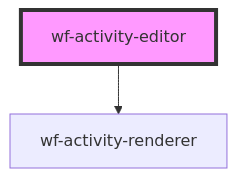
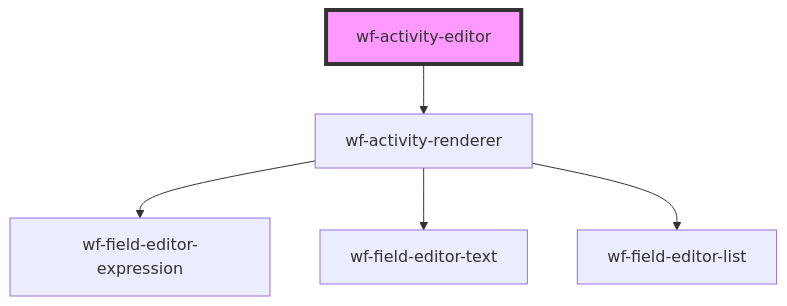
One commit to elsa-workflows/elsa-designer changed the diagram in src/components/workflow-designer/activity-editor/readme.md. Above: the diagram before and after it, drawn with Mermaid. The commit also changed 54 other files, not shown here.

First line of the commit message:
Added Switch activity and introduced field drivers (#6)

````diff
--- a/src/components/workflow-designer/activity-editor/readme.md
+++ b/src/components/workflow-designer/activity-editor/readme.md
@@ -30,5 +30,8 @@
 ```mermaid
 graph TD;
   wf-activity-editor --> wf-activity-renderer
+  wf-activity-renderer --> wf-field-editor-expression
+  wf-activity-renderer --> wf-field-editor-text
+  wf-activity-renderer --> wf-field-editor-list
   style wf-activity-editor fill:#f9f,stroke:#333,stroke-width:4px
 ```
````
